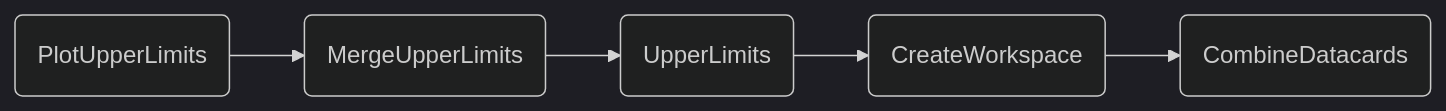
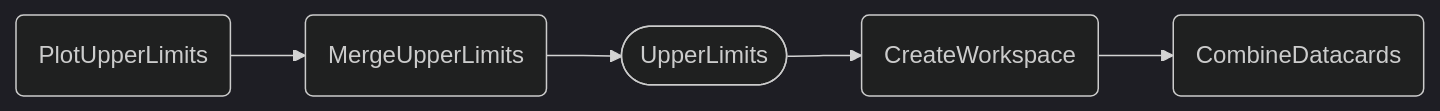
One commit to cms-hh/inference_tools changed the first of 3 diagrams in docs/content/tasks/limits.md. Above: the diagram before and after it, drawn with Mermaid (dark theme). The commit also changed other lines of this file and 6 other files, not shown here.

Commit message:
Mark workflows in docs dependency graphs.

````diff
--- a/docs/content/tasks/limits.md
+++ b/docs/content/tasks/limits.md
@@ -31,7 +31,7 @@
 ```mermaid
 graph LR;
     A(PlotUpperLimits) --> B(MergeUpperLimits);
-    B --> C(UpperLimits);
+    B --> C([UpperLimits]);
     C --> D(CreateWorkspace);
     D --> E(CombineDatacards);
 ```
````
